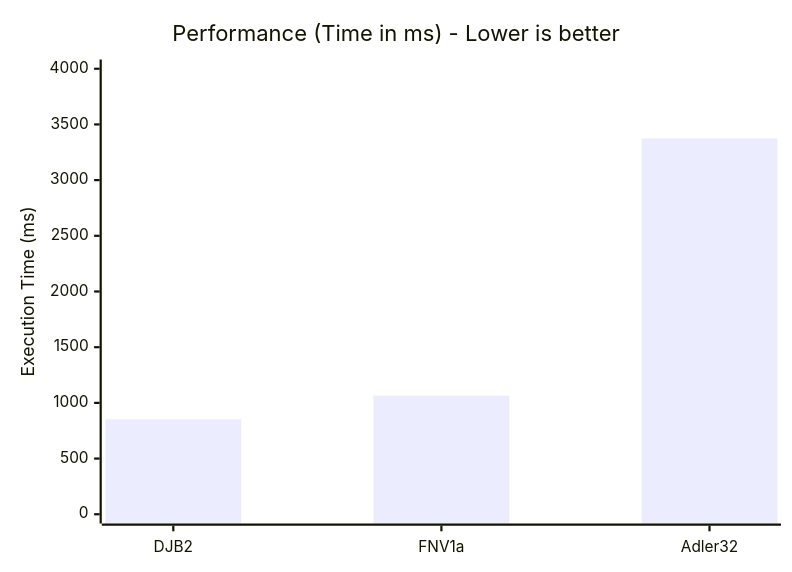
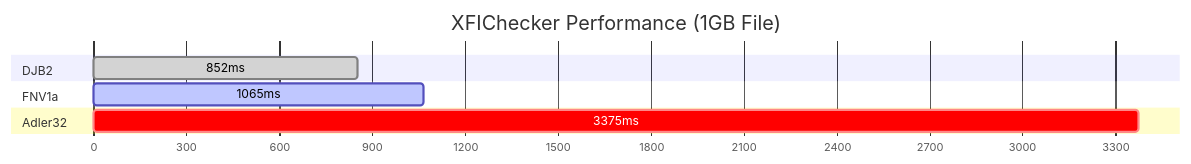
One commit to anonyaro/XFIChecker changed the diagram in README.md. Above: the diagram before and after it, drawn with Mermaid.

````diff
--- a/README.md
+++ b/README.md
@@ -137,7 +137,12 @@
 ```mermaid
-xychart-beta
-    title "Performance (Time in ms) - Lower is better"
-    x-axis [DJB2, FNV1a, Adler32]
-    y-axis "Execution Time (ms)" 0 --> 4000
-    bar [852, 1065, 3375]
+gantt
+    title XFIChecker Performance (1GB File)
+    dateFormat  X
+    axisFormat %s
+    section DJB2
+    852ms :done, a1, 0, 852
+    section FNV1a
+    1065ms :active, a2, 0, 1065
+    section Adler32 
+    3375ms :crit, a3, 0, 3375
 ```
````
